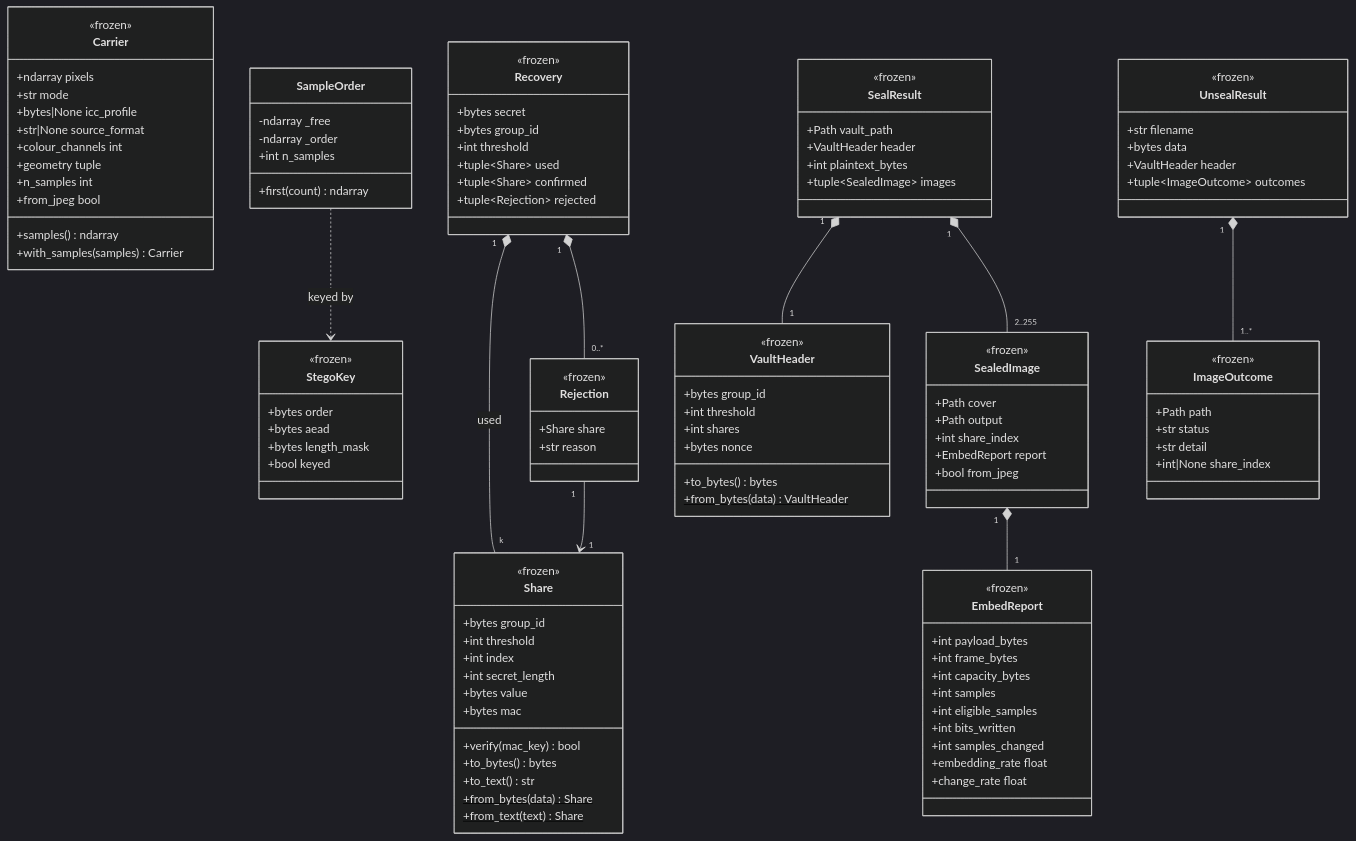
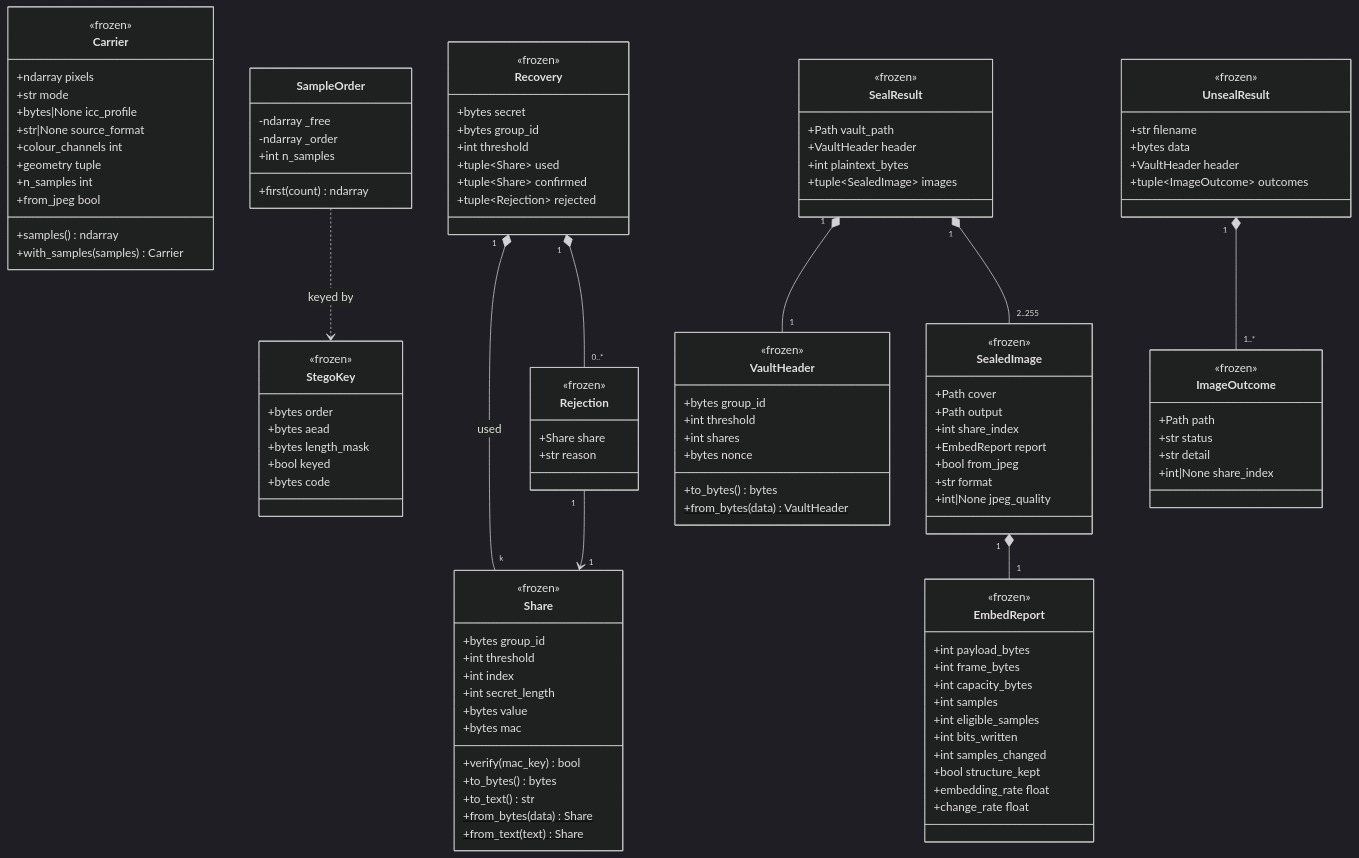
Before and after one commit to Just-Ipavon/shardpix: the third of 4 diagrams in docs/01-architecture.md, drawn with Mermaid (dark theme). The commit also changed other lines of this file and 4 other files, not shown here.

```diff
--- a/docs/01-architecture.md
+++ b/docs/01-architecture.md
@@ -182,6 +194,7 @@
         +bytes aead
         +bytes length_mask
         +bool keyed
+        +bytes code
     }
 
     class SampleOrder {
@@ -200,6 +213,7 @@
         +int eligible_samples
         +int bits_written
         +int samples_changed
+        +bool structure_kept
         +embedding_rate float
         +change_rate float
     }
@@ -260,6 +274,8 @@
         +int share_index
         +EmbedReport report
         +bool from_jpeg
+        +str format
+        +int|None jpeg_quality
     }
 
     class UnsealResult {
```
